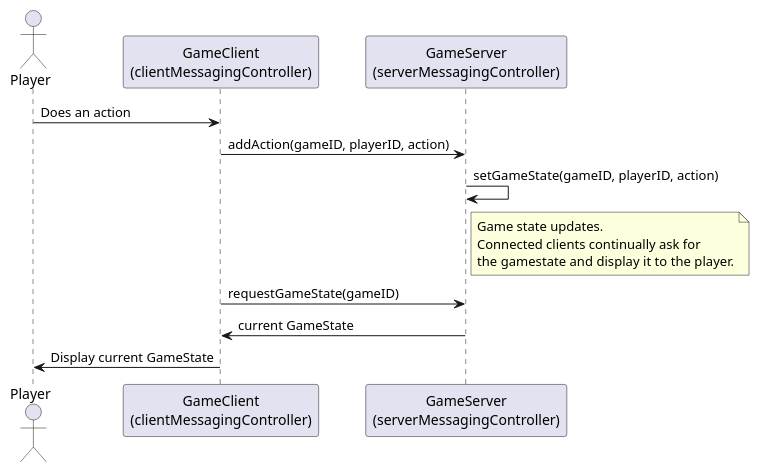
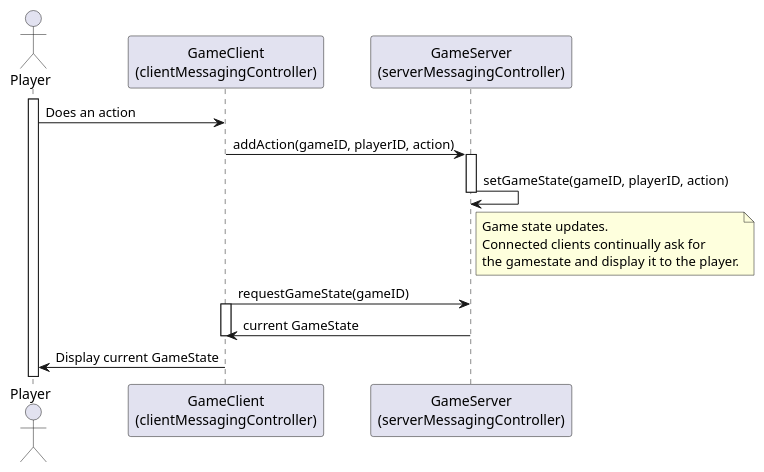
Before and after one commit to SverreNystad/besieged: the diagram in docs/diagrams/networking/sequence.puml, drawn with PlantUML. The commit also changed 2 other files, not shown here.

Commit message:
feat: uml diagrams

```diff
--- a/docs/diagrams/networking/sequence.puml
+++ b/docs/diagrams/networking/sequence.puml
@@ -1,26 +1,30 @@
 @startuml
 Actor Player as player
 participant "GameClient\n(clientMessagingController)" as GameClient
 participant "GameServer\n(serverMessagingController)" as GameServer
 
 ' Player initiates an action
+activate player
 player -> GameClient : Does an action
 
 ' GameClient sends action to GameServer
 GameClient -> GameServer : addAction(gameID, playerID, action)
 
 ' Server processes action
+activate GameServer
 GameServer -> GameServer : setGameState(gameID, playerID, action)
-
+deactivate GameServer
 ' Note on broadcasting to all clients
 note right of GameServer: Game state updates.\nConnected clients continually ask for\nthe gamestate and display it to the player.
 
 ' Server broadcasts updated game state to all clients
 GameClient -> GameServer : requestGameState(gameID)
+activate GameClient
 
 GameServer -> GameClient : current GameState
+deactivate GameClient
 GameClient -> player: Display current GameState
 
 
 
 @enduml
```
